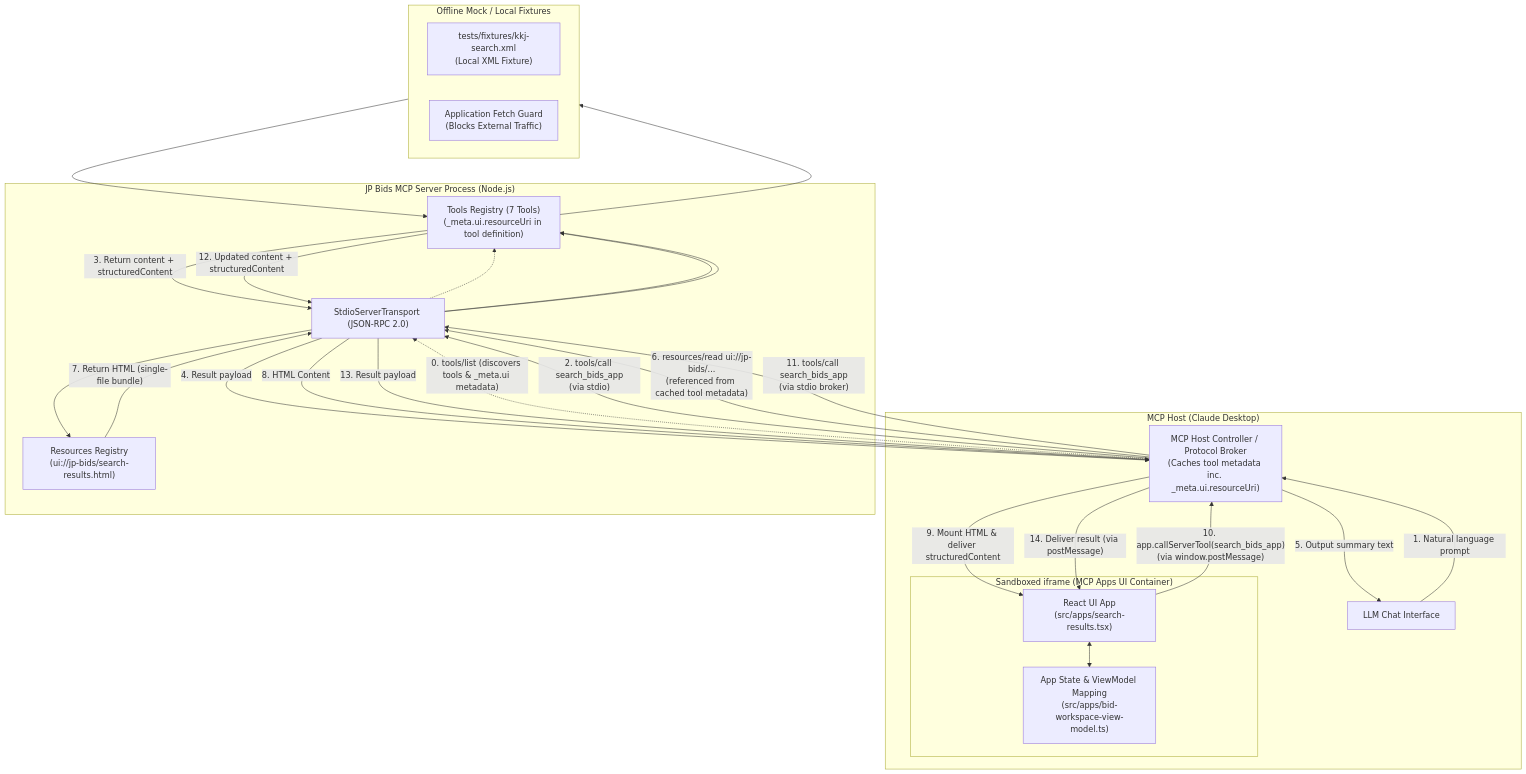
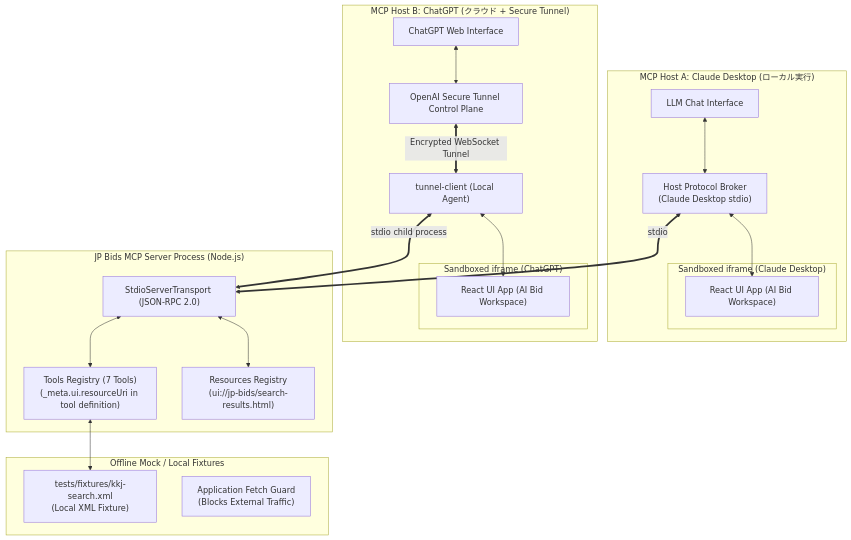
Before and after one commit to SUGUKURU-CO-LTD/jp-bids-mcp: the diagram in docs/showcase/README.md, drawn with Mermaid. The commit also changed other lines of this file and 6 other files, not shown here.

Commit message:
docs: showcase ChatGPT and Claude Desktop MCP Apps verification

````diff
--- a/docs/showcase/README.md
+++ b/docs/showcase/README.md
@@ -96,52 +204,41 @@
 ```mermaid
 flowchart TB
-  subgraph Host["MCP Host (Claude Desktop)"]
-    Chat["LLM Chat Interface"]
-    HostBroker["MCP Host Controller / Protocol Broker\n(Caches tool metadata inc. _meta.ui.resourceUri)"]
-    subgraph UIContainer["Sandboxed iframe (MCP Apps UI Container)"]
-      ReactApp["React UI App\n(src/apps/search-results.tsx)"]
-      ViewModel["App State & ViewModel Mapping\n(src/apps/bid-workspace-view-model.ts)"]
-      ReactApp <--> ViewModel
+  subgraph HostA["MCP Host A: Claude Desktop (ローカル実行)"]
+    ChatA["LLM Chat Interface"]
+    HostBrokerA["Host Protocol Broker\n(Claude Desktop stdio)"]
+    subgraph UIContainerA["Sandboxed iframe (Claude Desktop)"]
+      ReactAppA["React UI App (AI Bid Workspace)"]
     end
+    ChatA <--> HostBrokerA
+    HostBrokerA <--> ReactAppA
+  end
+
+  subgraph HostB["MCP Host B: ChatGPT (クラウド + Secure Tunnel)"]
+    ChatB["ChatGPT Web Interface"]
+    TunnelCloud["OpenAI Secure Tunnel Control Plane"]
+    TunnelClient["tunnel-client (Local Agent)"]
+    subgraph UIContainerB["Sandboxed iframe (ChatGPT)"]
+      ReactAppB["React UI App (AI Bid Workspace)"]
+    end
+    ChatB <--> TunnelCloud
+    TunnelCloud <== "Encrypted WebSocket Tunnel" ==> TunnelClient
+    TunnelClient <--> ReactAppB
   end
 
   subgraph Server["JP Bids MCP Server Process (Node.js)"]
     Stdio["StdioServerTransport (JSON-RPC 2.0)"]
     Tools["Tools Registry (7 Tools)\n(_meta.ui.resourceUri in tool definition)"]
     Resources["Resources Registry\n(ui://jp-bids/search-results.html)"]
+    Stdio <--> Tools
+    Stdio <--> Resources
   end
 
   subgraph DataLayer["Offline Mock / Local Fixtures"]
     Fixture["tests/fixtures/kkj-search.xml\n(Local XML Fixture)"]
     FetchGuard["Application Fetch Guard\n(Blocks External Traffic)"]
+    Tools <--> Fixture
   end
 
-  %% Flow 0: Discovery
-  HostBroker -. "0. tools/list (discovers tools & _meta.ui metadata)" .-> Stdio
-  Stdio -.-> Tools
-
-  %% Flow 1: Initial Launch
-  Chat -- "1. Natural language prompt" --> HostBroker
-  HostBroker -- "2. tools/call search_bids_app\n(via stdio)" --> Stdio
-  Stdio --> Tools
-  Tools --> DataLayer
-  DataLayer --> Tools
-  Tools -- "3. Return content + structuredContent" --> Stdio
-  Stdio -- "4. Result payload" --> HostBroker
-  HostBroker -- "5. Output summary text" --> Chat
-
-  %% Flow 2: UI Resource Retrieval & Mounting
-  HostBroker -- "6. resources/read ui://jp-bids/...\n(referenced from cached tool metadata)" --> Stdio
-  Stdio --> Resources
-  Resources -- "7. Return HTML (single-file bundle)" --> Stdio
-  Stdio -- "8. HTML Content" --> HostBroker
-  HostBroker -- "9. Mount HTML & deliver structuredContent" --> ReactApp
-
-  %% Flow 3: Bidirectional Tool Invocation
-  ReactApp -- "10. app.callServerTool(search_bids_app)\n(via window.postMessage)" --> HostBroker
-  HostBroker -- "11. tools/call search_bids_app\n(via stdio broker)" --> Stdio
-  Stdio --> Tools
-  Tools -- "12. Updated content + structuredContent" --> Stdio
-  Stdio -- "13. Result payload" --> HostBroker
-  HostBroker -- "14. Deliver result (via postMessage)" --> ReactApp
+  HostBrokerA <== "stdio" ==> Stdio
+  TunnelClient <== "stdio child process" ==> Stdio
 ```
````
